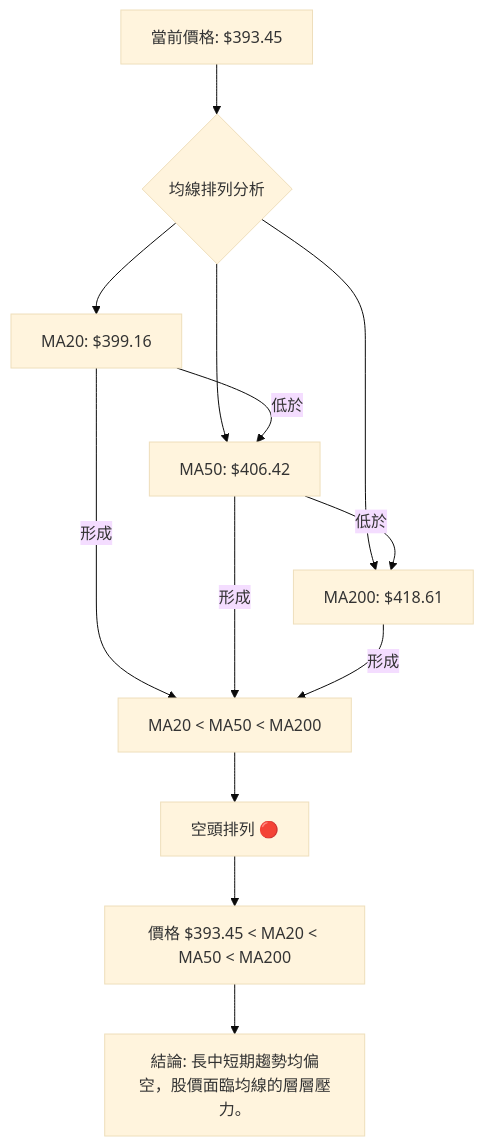
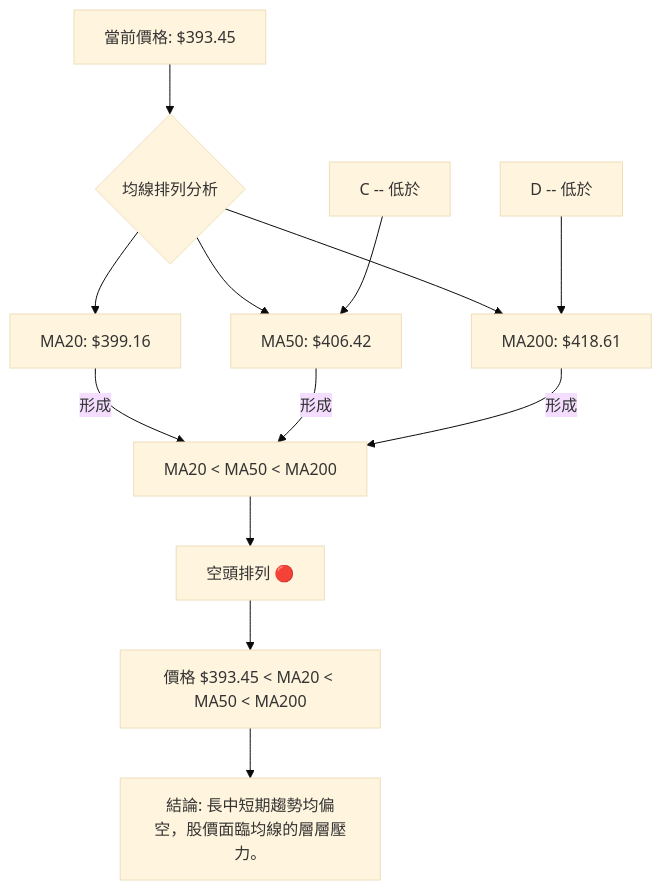
One commit to yennanliu/finance_data changed the seventh of 13 diagrams in ai_gen_report/stock/tsla/technical_analysis_2026-07-03_gemini.md. Above: the diagram before and after it, drawn with Mermaid (base theme). The commit also changed other lines of this file and 2258 other files, not shown here.

First line of the commit message:
chore: backfill Mermaid syntax repair across existing reports

````diff
--- a/ai_gen_report/stock/tsla/technical_analysis_2026-07-03_gemini.md
+++ b/ai_gen_report/stock/tsla/technical_analysis_2026-07-03_gemini.md
@@ -478,14 +478,14 @@
 ```mermaid
 graph TD
-    A[當前價格: $393.45] --> B{均線排列分析}
-    B --> C[MA20: $399.16]
-    B --> D[MA50: $406.42]
-    B --> E[MA200: $418.61]
+    A["當前價格: $393.45"] --> B{"均線排列分析"}
+    B --> C["MA20: $399.16"]
+    B --> D["MA50: $406.42"]
+    B --> E["MA200: $418.61"]
 
-    C -- 低於 --> D
-    D -- 低於 --> E
-    C & D & E -- 形成 --> F[MA20 < MA50 < MA200]
-    F --> G[空頭排列 🔴]
-    G --> H[價格 $393.45 < MA20 < MA50 < MA200]
-    H --> I[結論: 長中短期趨勢均偏空，股價面臨均線的層層壓力。]
+    nb1["C -- 低於"] --> D
+    nb2["D -- 低於"] --> E
+    C & D & E -- 形成 --> F["MA20 < MA50 < MA200"]
+    F --> G["空頭排列 🔴"]
+    G --> H["價格 $393.45 < MA20 < MA50 < MA200"]
+    H --> I["結論: 長中短期趨勢均偏空，股價面臨均線的層層壓力。"]
 ```
````
